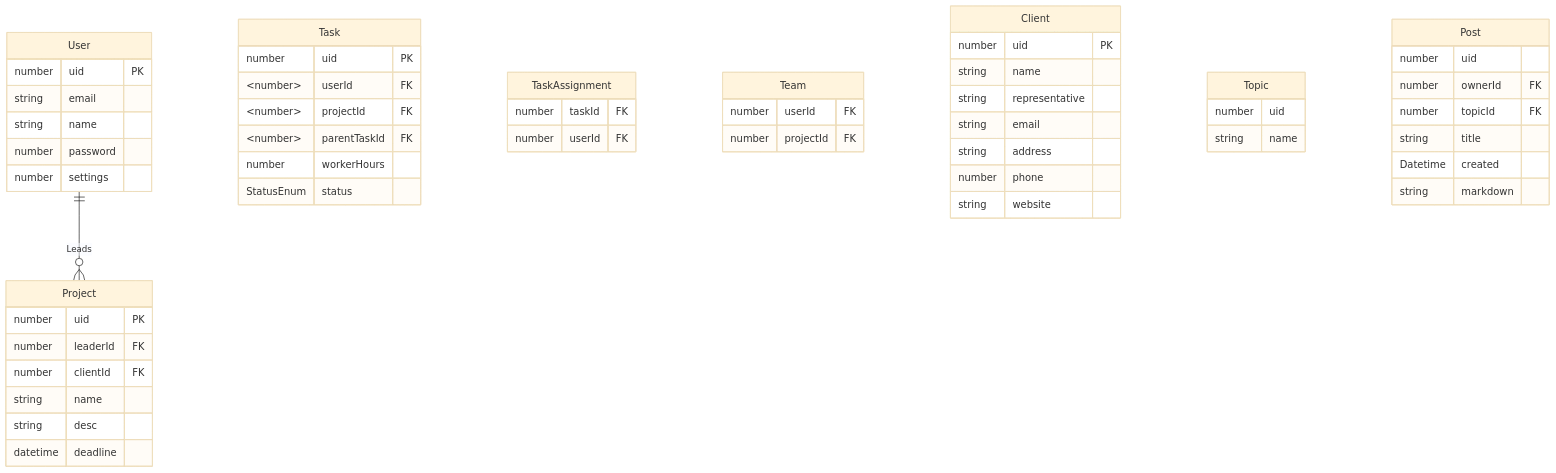
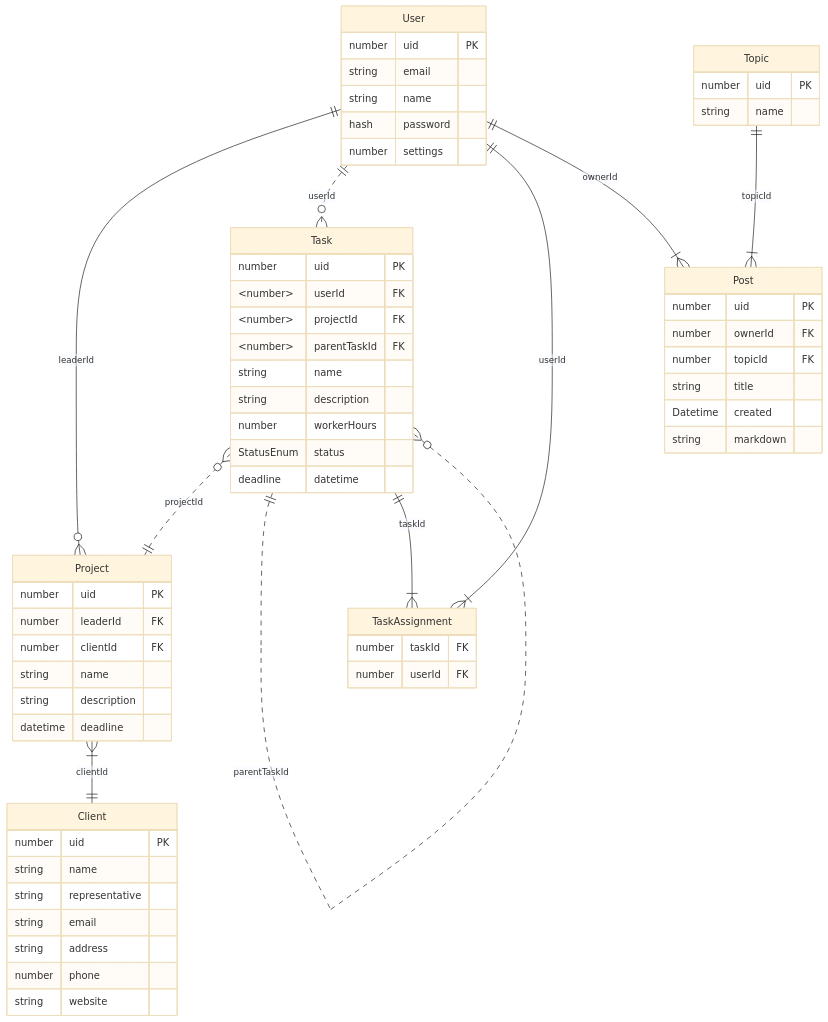
The diagram in design/database.md (lborocs/22cob290-part2-team-07), drawn with Mermaid (base theme) before and after one commit. The commit also changed other lines of this file and 1 other file, not shown here.

Commit message:
diagrams for the DB & classes

````diff
--- a/design/database.md
+++ b/design/database.md
@@ -1,64 +1,75 @@
 ```mermaid
 erDiagram
 
 User {
 	number uid PK
 	string email
 	string name
-	number password
+	hash password
 	number settings
 }
 
 Task {
 	number uid PK
 	~number~ userId FK
 	~number~ projectId FK
 	~number~ parentTaskId FK
+	string name
+	string description
 	number workerHours
 	StatusEnum status
+	deadline datetime
 }
 
 TaskAssignment {
 	number taskId FK
 	number userId FK
 }
 
-Team {
-	number userId FK
-	number projectId FK
-}
-
-User ||--o{ Project: Leads
 Project {
 	number uid PK
 	number leaderId FK
 	number clientId FK
 	string name
-	string desc
+	string description
 	datetime deadline
 }
 
 Client {
 	number uid PK
 	string name
 	string representative
 	string email
 	string address
 	number phone
 	string website
 }
 
 Topic {
-	number uid
+	number uid PK
 	string name
 }
 
 Post {
-	number uid
+	number uid PK
 	number ownerId FK
 	number topicId FK
 	string title
 	Datetime created
 	string markdown
 }
+
+Task }o..|| Project : projectId
+Task ||..o{ Task: parentTaskId
+
+User ||--o{ Project: leaderId
+User ||..o{ Task: userId
+
+Task ||--|{ TaskAssignment: taskId
+User ||--|{ TaskAssignment: userId
+
+User ||--|{ Post: ownerId
+Topic ||--|{ Post: topicId
+
+Project }|--|| Client: clientId
 ```
````
